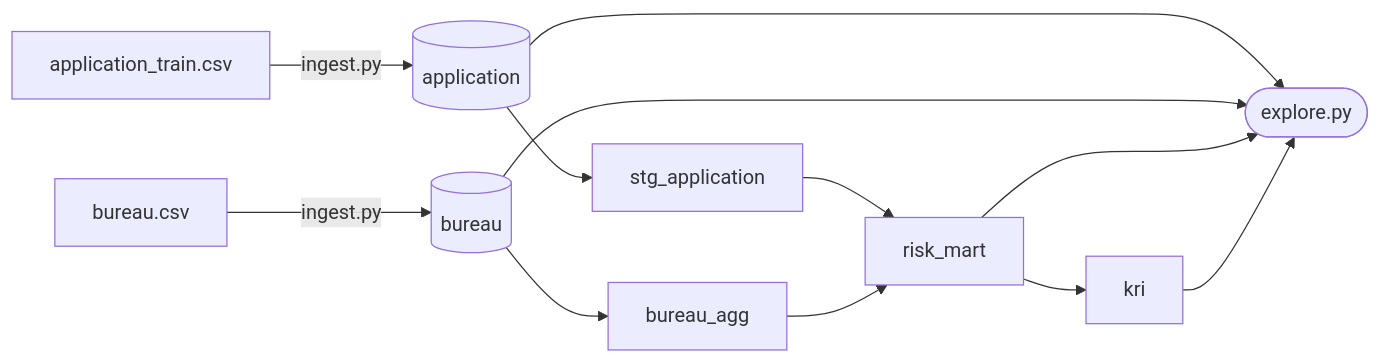
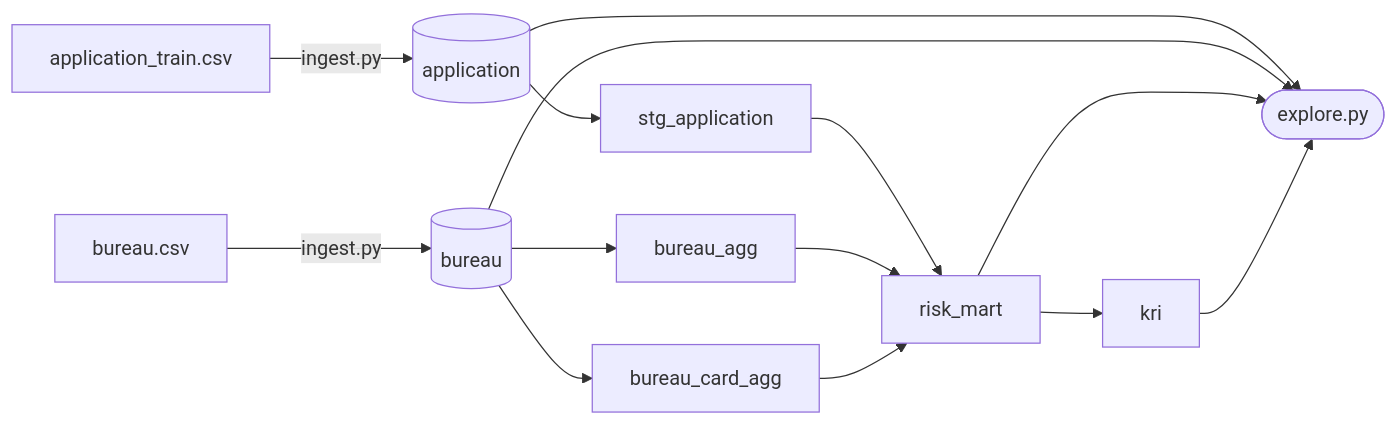
The diagram in README.md (SookyungChang/CreditRisk), drawn with Mermaid before and after one commit. The commit also changed other lines of this file and 8 other files, not shown here.

Commit message:
Add bureau_card_agg and risk_mart.n_active_cards, so the card count stays available as its own risk signal without mixing into n_active_loans

````diff
--- a/README.md
+++ b/README.md
@@ -127,14 +129,16 @@
 ```mermaid
 flowchart LR
     app_csv[application_train.csv] -->|ingest.py| application[(application)]
     bureau_csv[bureau.csv] -->|ingest.py| bureau[(bureau)]
     application --> stg_application[stg_application]
     bureau --> bureau_agg[bureau_agg]
+    bureau --> bureau_card_agg[bureau_card_agg]
     stg_application --> risk_mart[risk_mart]
     bureau_agg --> risk_mart
+    bureau_card_agg --> risk_mart
     risk_mart --> kri[kri]
     application --> explore([explore.py])
     bureau --> explore
     risk_mart --> explore
     kri --> explore
 ```
````
